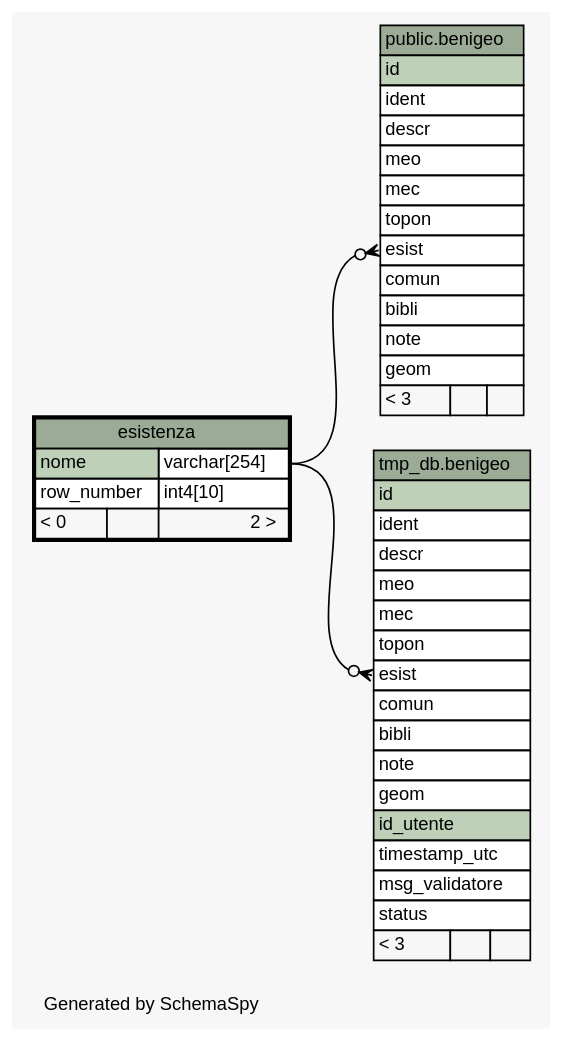
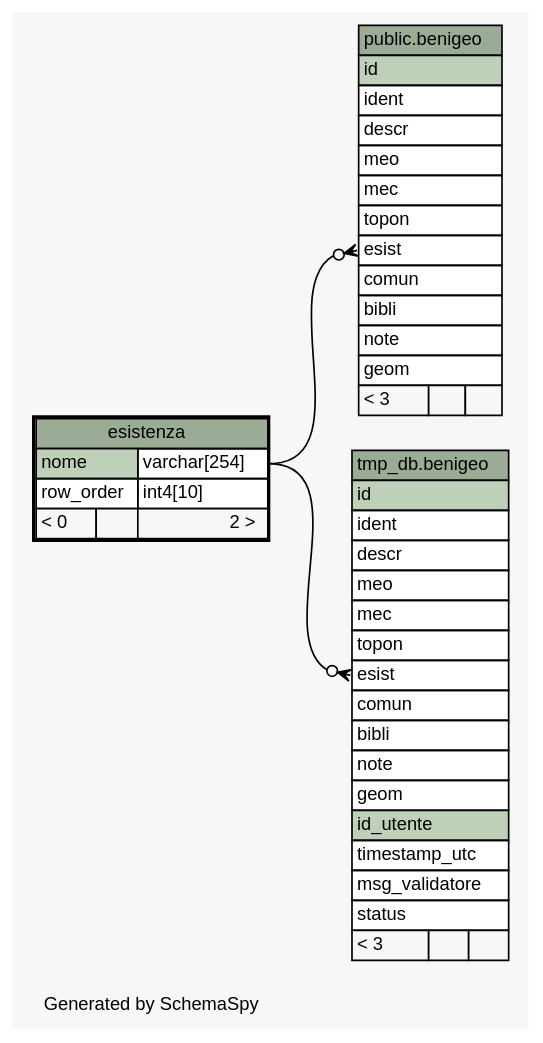
The diagram in databaseSchemaInterattivo/vocabolari/diagrams/esistenza.1degree.dot (MaurizioRicci/beniInLunigianaServer), drawn with Graphviz before and after one commit. The commit also changed 166 other files, not shown here.

```diff
--- a/databaseSchemaInterattivo/vocabolari/diagrams/esistenza.1degree.dot
+++ b/databaseSchemaInterattivo/vocabolari/diagrams/esistenza.1degree.dot
@@ -1,79 +1,79 @@
 // dot 2.38.0 on Windows 10 10.0
 // SchemaSpy rev 590
 digraph "oneDegreeRelationshipsDiagram" {
   graph [
     rankdir="RL"
     bgcolor="#f7f7f7"
     label="\nGenerated by SchemaSpy"
     labeljust="l"
     nodesep="0.18"
     ranksep="0.46"
     fontname="Helvetica"
     fontsize="11"
   ];
   node [
     fontname="Helvetica"
     fontsize="11"
     shape="plaintext"
   ];
   edge [
     arrowsize="0.8"
   ];
   "public.benigeo":"esist":w -> "esistenza":"nome.type":e [arrowhead=none dir=back arrowtail=crowodot];
   "tmp_db.benigeo":"esist":w -> "esistenza":"nome.type":e [arrowhead=none dir=back arrowtail=crowodot];
   "public.benigeo" [
     label=<
     <TABLE BORDER="0" CELLBORDER="1" CELLSPACING="0" BGCOLOR="#ffffff">
       <TR><TD COLSPAN="3" BGCOLOR="#9bab96" ALIGN="CENTER">public.benigeo</TD></TR>
       <TR><TD PORT="id" COLSPAN="3" BGCOLOR="#bed1b8" ALIGN="LEFT">id</TD></TR>
       <TR><TD PORT="ident" COLSPAN="3" ALIGN="LEFT">ident</TD></TR>
       <TR><TD PORT="descr" COLSPAN="3" ALIGN="LEFT">descr</TD></TR>
       <TR><TD PORT="meo" COLSPAN="3" ALIGN="LEFT">meo</TD></TR>
       <TR><TD PORT="mec" COLSPAN="3" ALIGN="LEFT">mec</TD></TR>
       <TR><TD PORT="topon" COLSPAN="3" ALIGN="LEFT">topon</TD></TR>
       <TR><TD PORT="esist" COLSPAN="3" ALIGN="LEFT">esist</TD></TR>
       <TR><TD PORT="comun" COLSPAN="3" ALIGN="LEFT">comun</TD></TR>
       <TR><TD PORT="bibli" COLSPAN="3" ALIGN="LEFT">bibli</TD></TR>
       <TR><TD PORT="note" COLSPAN="3" ALIGN="LEFT">note</TD></TR>
       <TR><TD PORT="geom" COLSPAN="3" ALIGN="LEFT">geom</TD></TR>
       <TR><TD ALIGN="LEFT" BGCOLOR="#f7f7f7">&lt; 3</TD><TD ALIGN="RIGHT" BGCOLOR="#f7f7f7">  </TD><TD ALIGN="RIGHT" BGCOLOR="#f7f7f7">  </TD></TR>
     </TABLE>>
     URL="../../public/tables/benigeo.html"
     tooltip="public.benigeo"
   ];
   "tmp_db.benigeo" [
     label=<
     <TABLE BORDER="0" CELLBORDER="1" CELLSPACING="0" BGCOLOR="#ffffff">
       <TR><TD COLSPAN="3" BGCOLOR="#9bab96" ALIGN="CENTER">tmp_db.benigeo</TD></TR>
       <TR><TD PORT="id" COLSPAN="3" BGCOLOR="#bed1b8" ALIGN="LEFT">id</TD></TR>
       <TR><TD PORT="ident" COLSPAN="3" ALIGN="LEFT">ident</TD></TR>
       <TR><TD PORT="descr" COLSPAN="3" ALIGN="LEFT">descr</TD></TR>
       <TR><TD PORT="meo" COLSPAN="3" ALIGN="LEFT">meo</TD></TR>
       <TR><TD PORT="mec" COLSPAN="3" ALIGN="LEFT">mec</TD></TR>
       <TR><TD PORT="topon" COLSPAN="3" ALIGN="LEFT">topon</TD></TR>
       <TR><TD PORT="esist" COLSPAN="3" ALIGN="LEFT">esist</TD></TR>
       <TR><TD PORT="comun" COLSPAN="3" ALIGN="LEFT">comun</TD></TR>
       <TR><TD PORT="bibli" COLSPAN="3" ALIGN="LEFT">bibli</TD></TR>
       <TR><TD PORT="note" COLSPAN="3" ALIGN="LEFT">note</TD></TR>
       <TR><TD PORT="geom" COLSPAN="3" ALIGN="LEFT">geom</TD></TR>
       <TR><TD PORT="id_utente" COLSPAN="3" BGCOLOR="#bed1b8" ALIGN="LEFT">id_utente</TD></TR>
       <TR><TD PORT="timestamp_utc" COLSPAN="3" ALIGN="LEFT">timestamp_utc</TD></TR>
       <TR><TD PORT="msg_validatore" COLSPAN="3" ALIGN="LEFT">msg_validatore</TD></TR>
       <TR><TD PORT="status" COLSPAN="3" ALIGN="LEFT">status</TD></TR>
       <TR><TD ALIGN="LEFT" BGCOLOR="#f7f7f7">&lt; 3</TD><TD ALIGN="RIGHT" BGCOLOR="#f7f7f7">  </TD><TD ALIGN="RIGHT" BGCOLOR="#f7f7f7">  </TD></TR>
     </TABLE>>
     URL="../../tmp_db/tables/benigeo.html"
     tooltip="tmp_db.benigeo"
   ];
   "esistenza" [
     label=<
     <TABLE BORDER="2" CELLBORDER="1" CELLSPACING="0" BGCOLOR="#ffffff">
       <TR><TD COLSPAN="3" BGCOLOR="#9bab96" ALIGN="CENTER">esistenza</TD></TR>
       <TR><TD PORT="nome" COLSPAN="2" BGCOLOR="#bed1b8" ALIGN="LEFT">nome</TD><TD PORT="nome.type" ALIGN="LEFT">varchar[254]</TD></TR>
-      <TR><TD PORT="row_number" COLSPAN="2" ALIGN="LEFT">row_number</TD><TD PORT="row_number.type" ALIGN="LEFT">int4[10]</TD></TR>
+      <TR><TD PORT="row_order" COLSPAN="2" ALIGN="LEFT">row_order</TD><TD PORT="row_order.type" ALIGN="LEFT">int4[10]</TD></TR>
       <TR><TD ALIGN="LEFT" BGCOLOR="#f7f7f7">&lt; 0</TD><TD ALIGN="RIGHT" BGCOLOR="#f7f7f7">  </TD><TD ALIGN="RIGHT" BGCOLOR="#f7f7f7">2 &gt;</TD></TR>
     </TABLE>>
     URL="esistenza.html"
     tooltip="esistenza"
   ];
 }
```
